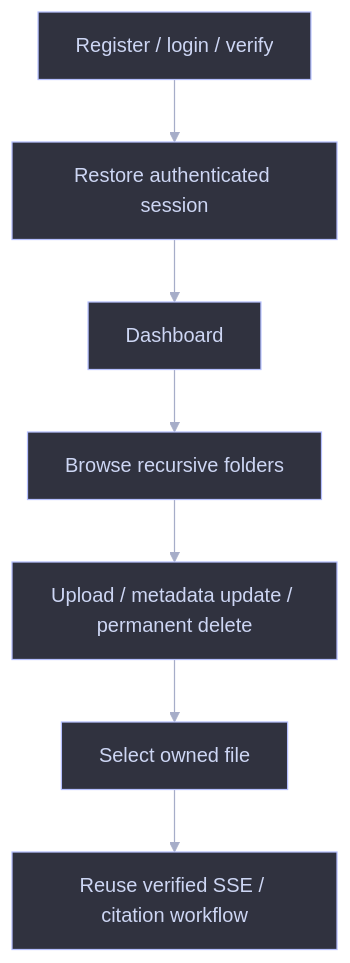
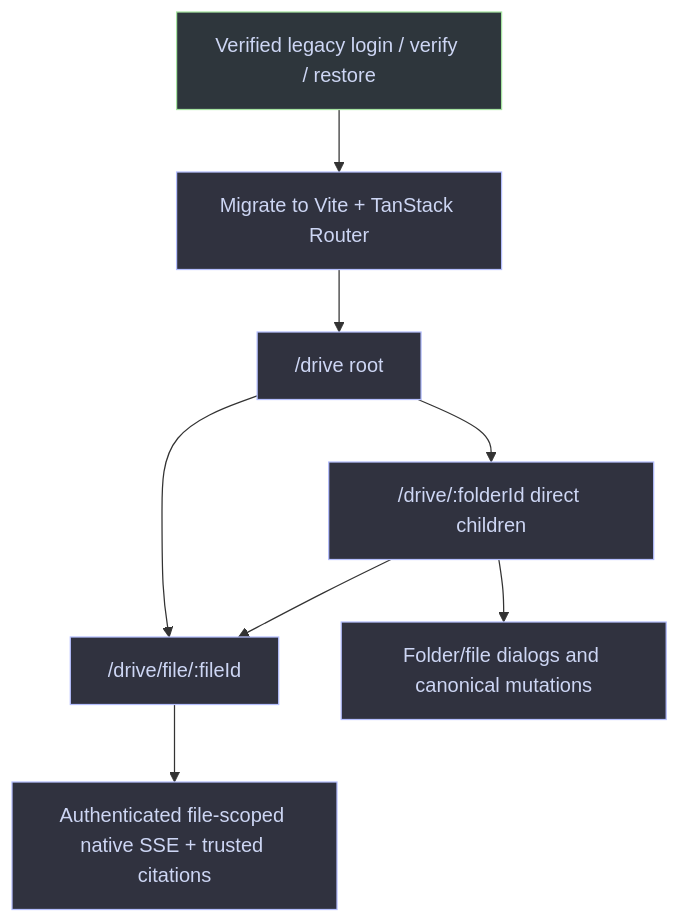
Before and after one commit to RyxnDmello/atlas: the first of 4 diagrams in client/AGENTS.md, drawn with Mermaid. The commit also changed other lines of this file and 90 other files, not shown here.

First line of the commit message:
feat(client, router): complete Vite migration and retire legacy client

````diff
--- a/client/AGENTS.md
+++ b/client/AGENTS.md
@@ -59,18 +58,14 @@
 ```mermaid
-%%{init: {'theme': 'base', 'themeVariables': {'background': '#1e1e2e', 'primaryColor': '#45475a', 'primaryTextColor': '#cdd6f4', 'primaryBorderColor': '#89b4fa', 'lineColor': '#a6adc8', 'secondaryColor': '#313244', 'tertiaryColor': '#181825', 'fontFamily': 'Inter, sans-serif'}}}%%
 flowchart TD
-    Register["Register / login / verify"] --> Restore["Restore authenticated session"]
-    Restore --> Dashboard["Dashboard"]
-    Dashboard --> Browse["Browse recursive folders"]
-    Browse --> Files["Upload / metadata update / permanent delete"]
-    Files --> Select["Select owned file"]
-    Select --> Ask["Reuse verified SSE / citation workflow"]
-    class Register,Restore,Dashboard,Browse,Files,Select,Ask planned;
-    classDef client fill:#2b3046,stroke:#89b4fa,stroke-width:1px,color:#cdd6f4;
-    classDef service fill:#2c3642,stroke:#94e2d5,stroke-width:1px,color:#cdd6f4;
-    classDef storage fill:#332e46,stroke:#cba6f7,stroke-width:1px,color:#cdd6f4;
+    Auth["Verified legacy login / verify / restore"] --> Migrate["Migrate to Vite + TanStack Router"]
+    Migrate --> Root["/drive root"]
+    Root --> Folder["/drive/:folderId direct children"]
+    Root --> File["/drive/file/:fileId"]
+    Folder --> File
+    Folder --> Mutate["Folder/file dialogs and canonical mutations"]
+    File --> Ask["Authenticated file-scoped native SSE + trusted citations"]
+    class Auth verified;
+    class Migrate,Root,Folder,File,Mutate,Ask planned;
     classDef verified fill:#2e363c,stroke:#a6e3a1,stroke-width:1px,color:#cdd6f4;
     classDef planned fill:#30323f,stroke:#b4befe,stroke-width:1px,color:#cdd6f4;
-    classDef caution fill:#38362e,stroke:#f9e2af,stroke-width:1px,color:#cdd6f4;
-    classDef denied fill:#39303d,stroke:#f38ba8,stroke-width:1px,color:#cdd6f4;
 ```
````
